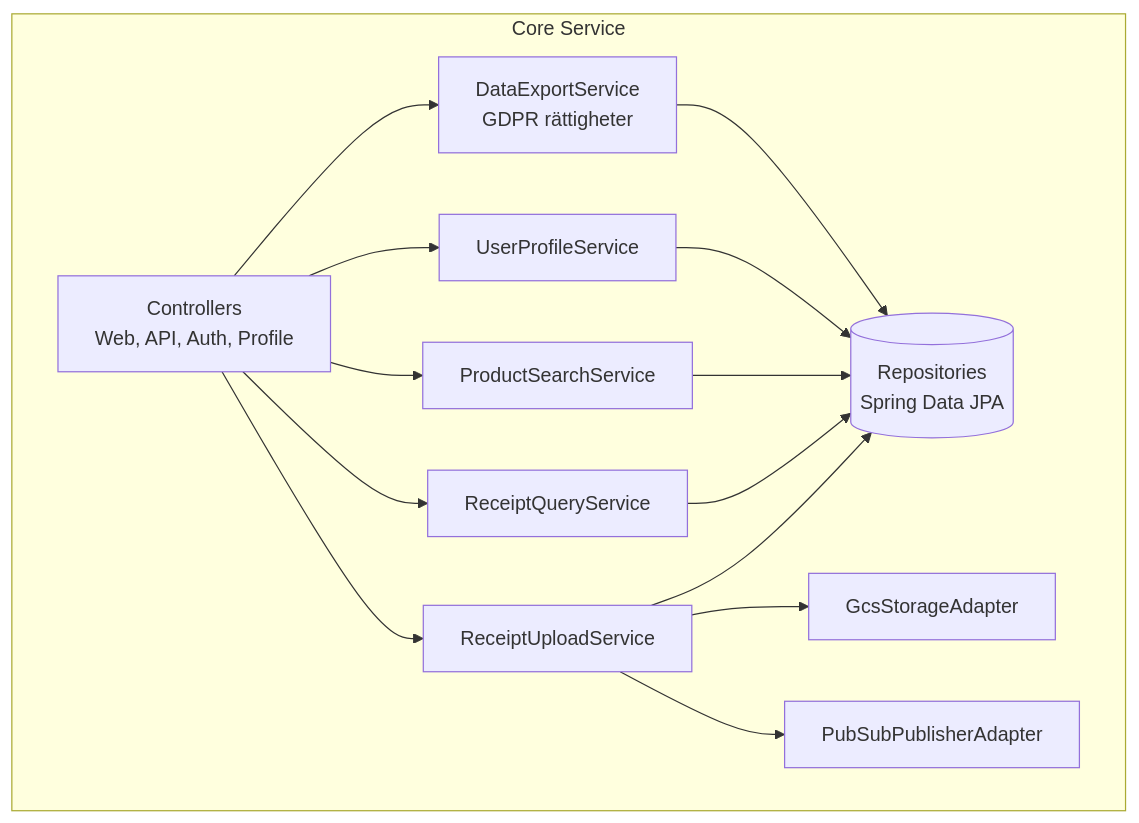
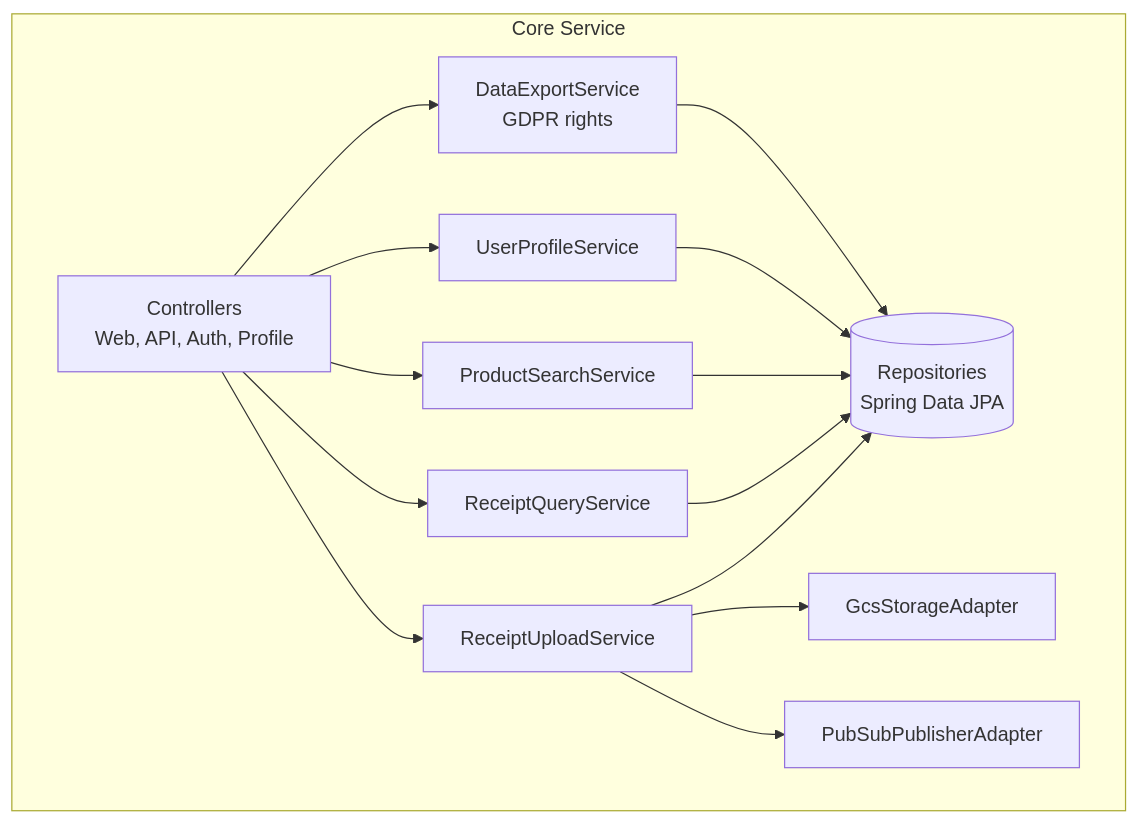
One commit to pekelund-dev/matdata-2.0 changed the third of 6 diagrams in architecture.md. Above: the diagram before and after it, drawn with Mermaid. The commit also changed other lines of this file and 4 other files, not shown here.

First line of the commit message:
Translate README, glossary, prestudy, architecture, NFR to English

````diff
--- a/architecture.md
+++ b/architecture.md
@@ -114,28 +114,28 @@
 ```mermaid
 graph TD
     subgraph "Core Service"
         Controllers[Controllers<br/>Web, API, Auth, Profile]
         UploadService[ReceiptUploadService]
         ReceiptService[ReceiptQueryService]
         SearchService[ProductSearchService]
         ProfileService[UserProfileService]
-        ExportService[DataExportService<br/>GDPR rättigheter]
+        ExportService[DataExportService<br/>GDPR rights]
         Repo[(Repositories<br/>Spring Data JPA)]
         StorageAdapter[GcsStorageAdapter]
         PubSubAdapter[PubSubPublisherAdapter]
     end
 
     Controllers --> UploadService
     Controllers --> ReceiptService
     Controllers --> SearchService
     Controllers --> ProfileService
     Controllers --> ExportService
 
     UploadService --> Repo
     UploadService --> StorageAdapter
     UploadService --> PubSubAdapter
     ReceiptService --> Repo
     SearchService --> Repo
     ProfileService --> Repo
     ExportService --> Repo
 ```
````
